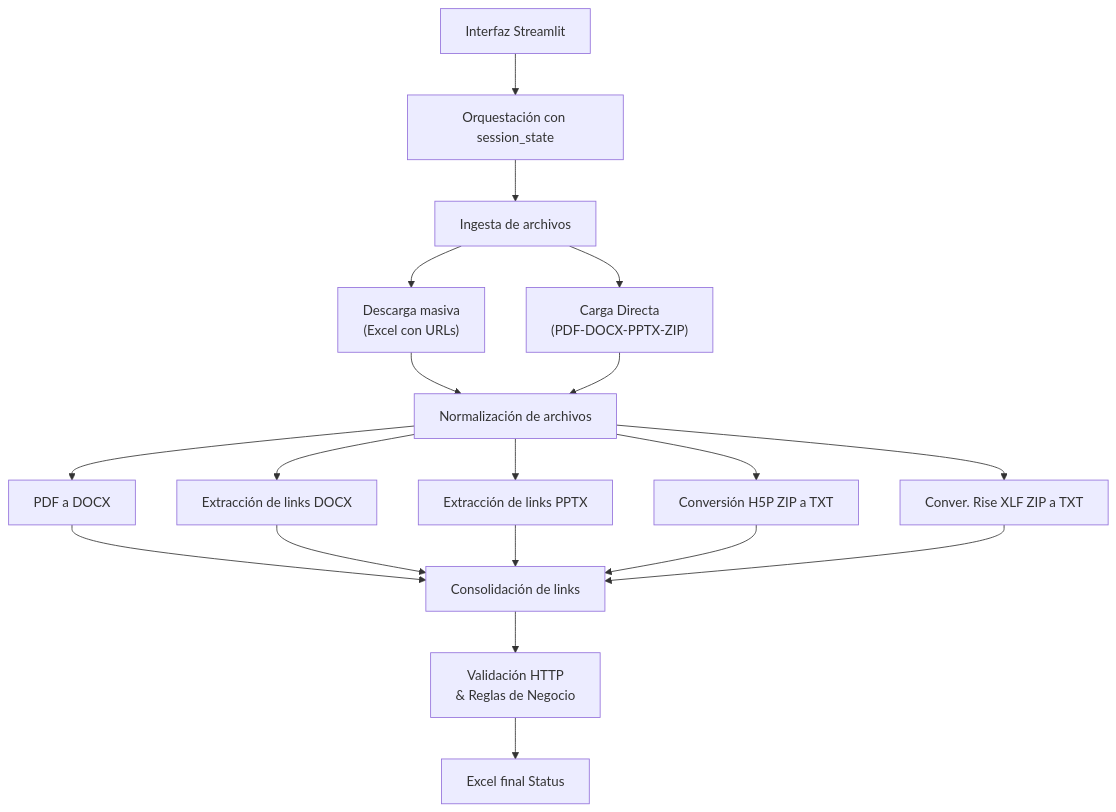
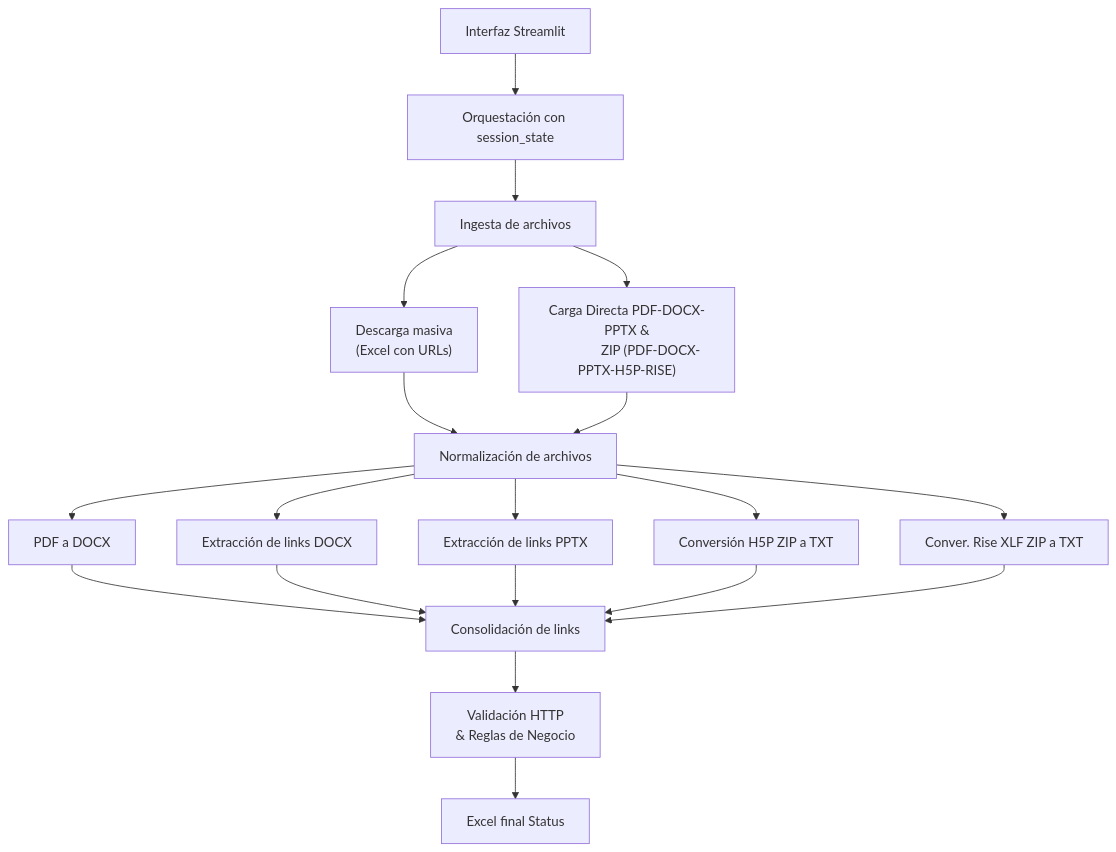
Before and after one commit to joseluisantunezcondezo/UTP_Broken_Link_Checker: the diagram in README.md, drawn with Mermaid.

Commit message:
README.md

````diff
--- a/README.md
+++ b/README.md
@@ -180,24 +180,24 @@
 ```mermaid
 flowchart TD
     A["Interfaz Streamlit"] --> B["Orquestación con session_state"]
     B --> C["Ingesta de archivos"]
     C --> D1["Descarga masiva
               (Excel con URLs)"]
-    C --> D2["Carga Directa
-             (PDF-DOCX-PPTX-ZIP)"]
+    C --> D2["Carga Directa PDF-DOCX-PPTX &
+              ZIP (PDF-DOCX-PPTX-H5P-RISE)"]
     D1 --> E["Normalización de archivos"]
     D2 --> E
     E --> F1["PDF a DOCX"]
     E --> F2["Extracción de links DOCX"]
     E --> F3[Extracción de links PPTX]
     E --> F4[Conversión H5P ZIP a TXT]
     E --> F5[Conver. Rise XLF ZIP a TXT]
     F1 --> G[Consolidación de links]
     F2 --> G
     F3 --> G
     F4 --> G
     F5 --> G
     G --> H["Validación HTTP
             & Reglas de Negocio"]
     H --> I[Excel final Status]
 ```
````
